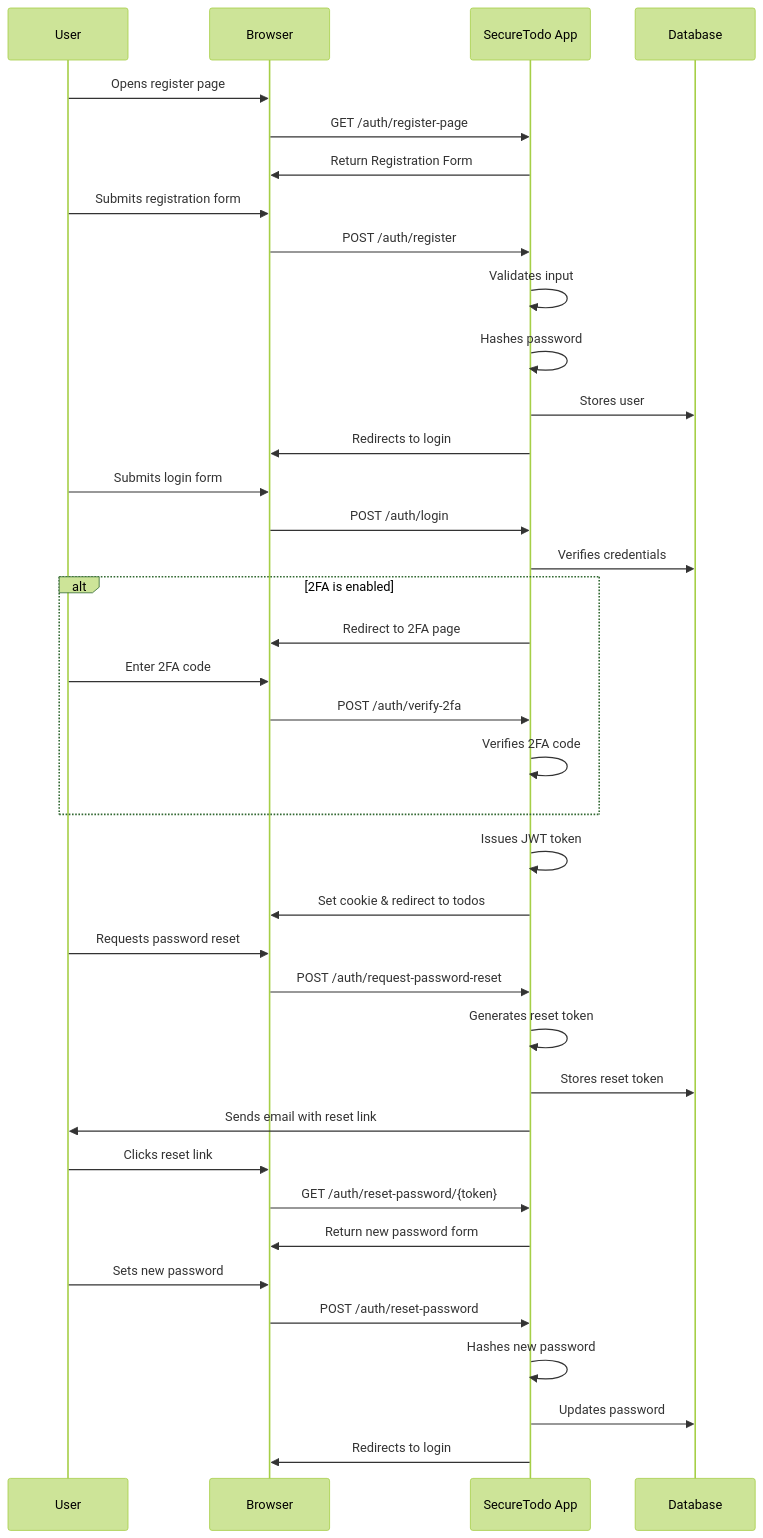
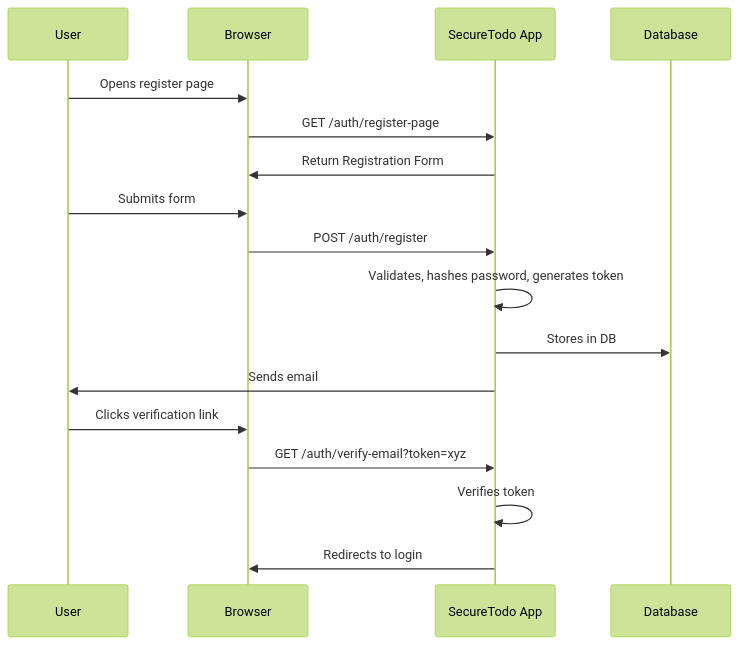
The sixth of 15 diagrams in docs/flowchart.md (LorenMin107/TodoApp), drawn with Mermaid (forest theme) before and after one commit. The commit also changed other lines of this file and 19 other files, not shown here.

````diff
--- a/docs/flowchart.md
+++ b/docs/flowchart.md
@@ -95,48 +90,20 @@
 ```mermaid
 sequenceDiagram
     participant User
     participant Browser
     participant App as SecureTodo App
     participant DB as Database
 
-    %% Registration Flow
     User->>Browser: Opens register page
     Browser->>App: GET /auth/register-page
     App->>Browser: Return Registration Form
-    User->>Browser: Submits registration form
+    User->>Browser: Submits form
     Browser->>App: POST /auth/register
-    App->>App: Validates input
-    App->>App: Hashes password
-    App->>DB: Stores user
-    App->>Browser: Redirects to login
-
-    %% Login Flow with optional 2FA
-    User->>Browser: Submits login form
-    Browser->>App: POST /auth/login
-    App->>DB: Verifies credentials
-
-    alt 2FA is enabled
-        App->>Browser: Redirect to 2FA page
-        User->>Browser: Enter 2FA code
-        Browser->>App: POST /auth/verify-2fa
-        App->>App: Verifies 2FA code
-    end
-
-    App->>App: Issues JWT token
-    App->>Browser: Set cookie & redirect to todos
-
-    %% Password Reset Flow
-    User->>Browser: Requests password reset
-    Browser->>App: POST /auth/request-password-reset
-    App->>App: Generates reset token
-    App->>DB: Stores reset token
-    App->>User: Sends email with reset link
-    User->>Browser: Clicks reset link
-    Browser->>App: GET /auth/reset-password/{token}
-    App->>Browser: Return new password form
-    User->>Browser: Sets new password
-    Browser->>App: POST /auth/reset-password
-    App->>App: Hashes new password
-    App->>DB: Updates password
+    App->>App: Validates, hashes password, generates token
+    App->>DB: Stores in DB
+    App->>User: Sends email
+    User->>Browser: Clicks verification link
+    Browser->>App: GET /auth/verify-email?token=xyz
+    App->>App: Verifies token
     App->>Browser: Redirects to login
 ```
````
